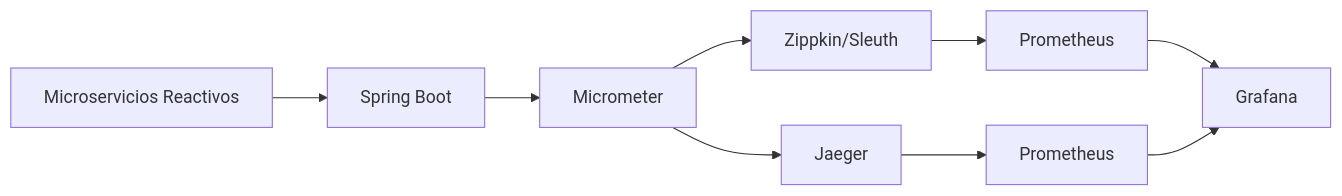
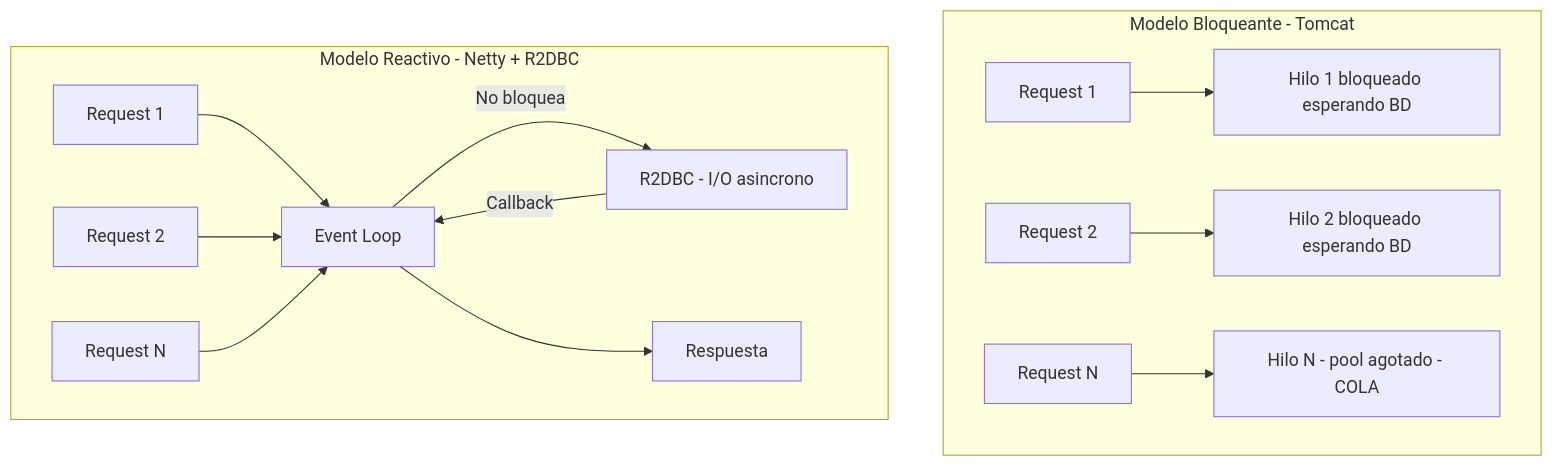
The first of 4 diagrams in 02_Arquitectura/arquitectura_de_microservicios_reactivos_con_spring_boot_3.3_y_r2dbc_STAFF.md (Joaquinriosheredia/DAM-Java-Mastery), drawn with Mermaid before and after one commit. The commit also changed other lines of this file and 1 other file, not shown here.

Commit message:
feat: Microservicios Reactivos y Observabilidad — guías Staff refinadas

````diff
--- a/02_Arquitectura/arquitectura_de_microservicios_reactivos_con_spring_boot_3.3_y_r2dbc_STAFF.md
+++ b/02_Arquitectura/arquitectura_de_microservicios_reactivos_con_spring_boot_3.3_y_r2dbc_STAFF.md
@@ -1151,11 +26,16 @@
 ```mermaid
-graph LR
-A[Microservicios Reactivos] --> B[Spring Boot]
-B --> C[Micrometer]
-C --> D[Zippkin/Sleuth]
-C --> E[Jaeger]
-D --> F[Prometheus]
-E --> G[Prometheus]
-F --> H[Grafana]
-G --> H
+graph TD
+    subgraph Modelo Bloqueante - Tomcat
+        A[Request 1] --> B[Hilo 1 bloqueado esperando BD]
+        C[Request 2] --> D[Hilo 2 bloqueado esperando BD]
+        E[Request N] --> F[Hilo N - pool agotado - COLA]
+    end
+    subgraph Modelo Reactivo - Netty + R2DBC
+        G[Request 1] --> H[Event Loop]
+        I[Request 2] --> H
+        J[Request N] --> H
+        H -->|No bloquea| K[R2DBC - I/O asincrono]
+        K -->|Callback| H
+        H --> L[Respuesta]
+    end
 ```
````
